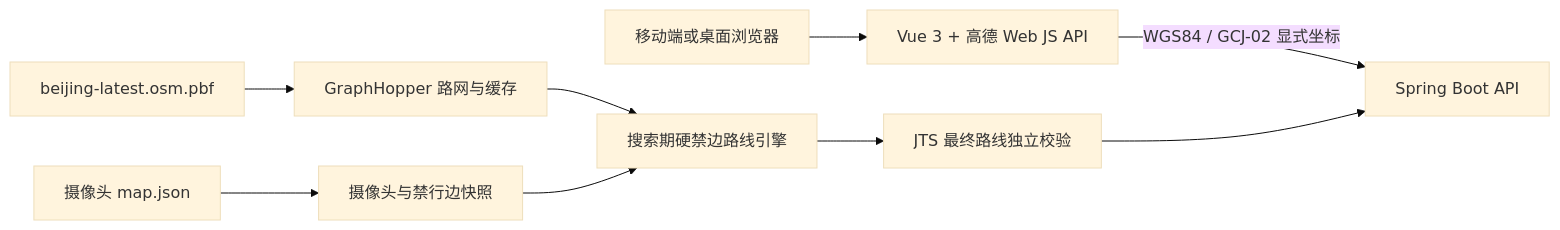
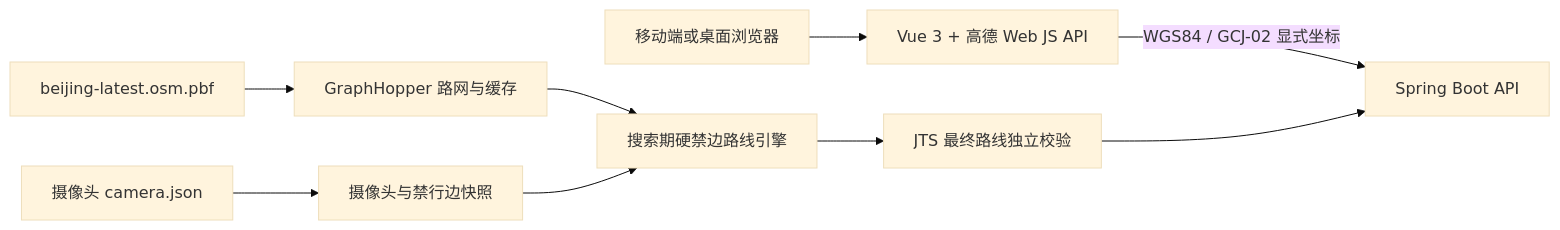
Before and after one commit to Xueaixin/camera-safe-router: the diagram in README.md, drawn with Mermaid (base theme). The commit also changed other lines of this file and 43 other files, not shown here.

````diff
--- a/README.md
+++ b/README.md
@@ -20,11 +21,11 @@
 ```mermaid
 flowchart LR
     U["移动端或桌面浏览器"] --> W["Vue 3 + 高德 Web JS API"]
     W -->|"WGS84 / GCJ-02 显式坐标"| A["Spring Boot API"]
     P["beijing-latest.osm.pbf"] --> G["GraphHopper 路网与缓存"]
-    C["摄像头 map.json"] --> S["摄像头与禁行边快照"]
+    C["摄像头 camera.json"] --> S["摄像头与禁行边快照"]
     G --> R["搜索期硬禁边路线引擎"]
     S --> R
     R --> V["JTS 最终路线独立校验"]
     V --> A
 ```
````
